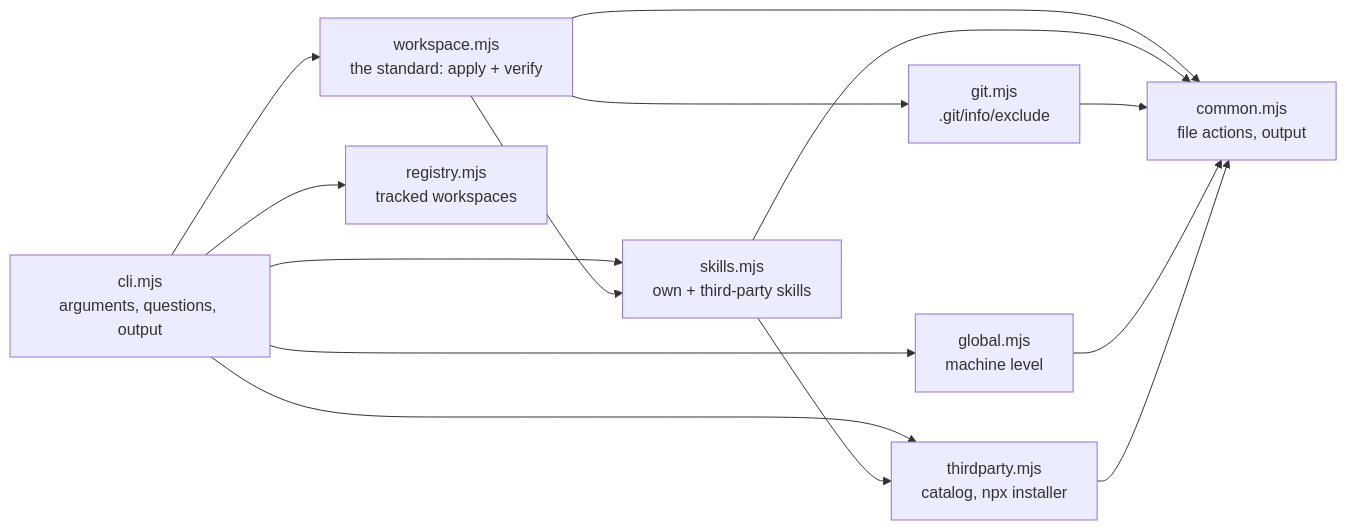
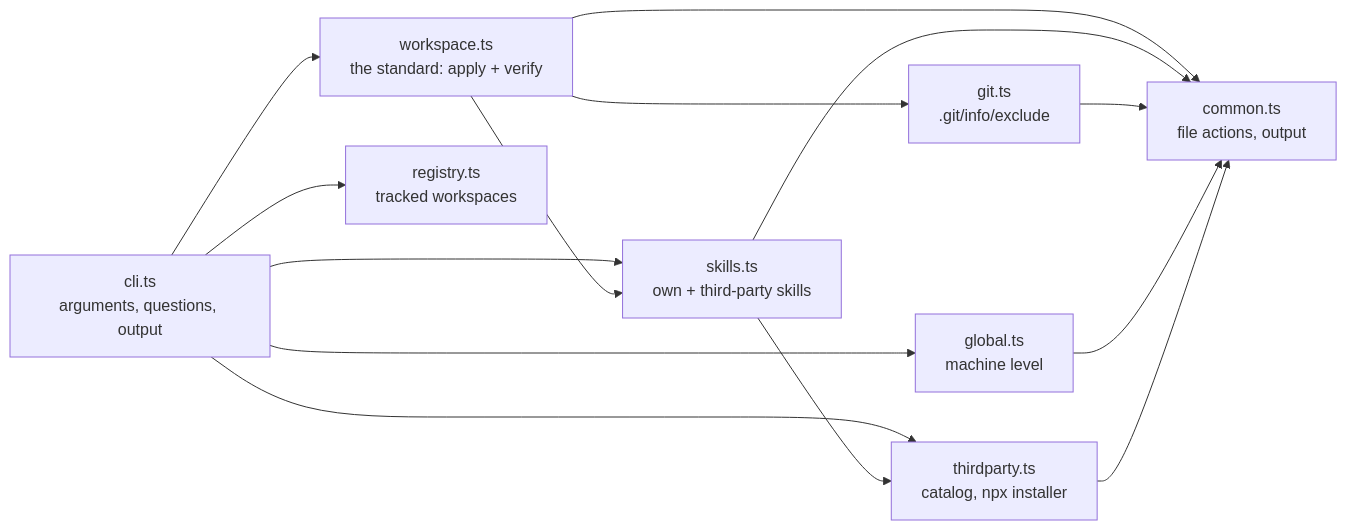
One commit to dotagents-org/dotagents-core changed the diagram in docs/architecture.md. Above: the diagram before and after it, drawn with Mermaid. The commit also changed other lines of this file and 20 other files, not shown here.

````diff
--- a/docs/architecture.md
+++ b/docs/architecture.md
@@ -28,16 +28,16 @@
 ```mermaid
 flowchart LR
-    cli["cli.mjs<br/>arguments, questions, output"]
-    ws["workspace.mjs<br/>the standard: apply + verify"]
-    sk["skills.mjs<br/>own + third-party skills"]
-    tp["thirdparty.mjs<br/>catalog, npx installer"]
-    git["git.mjs<br/>.git/info/exclude"]
-    gl["global.mjs<br/>machine level"]
-    reg["registry.mjs<br/>tracked workspaces"]
-    common["common.mjs<br/>file actions, output"]
+    cli["cli.ts<br/>arguments, questions, output"]
+    ws["workspace.ts<br/>the standard: apply + verify"]
+    sk["skills.ts<br/>own + third-party skills"]
+    tp["thirdparty.ts<br/>catalog, npx installer"]
+    git["git.ts<br/>.git/info/exclude"]
+    gl["global.ts<br/>machine level"]
+    reg["registry.ts<br/>tracked workspaces"]
+    common["common.ts<br/>file actions, output"]
 
     cli --> ws & sk & gl & reg & tp
     ws --> sk & git
     sk --> tp
     ws & sk & git & gl & tp --> common
 ```
````
